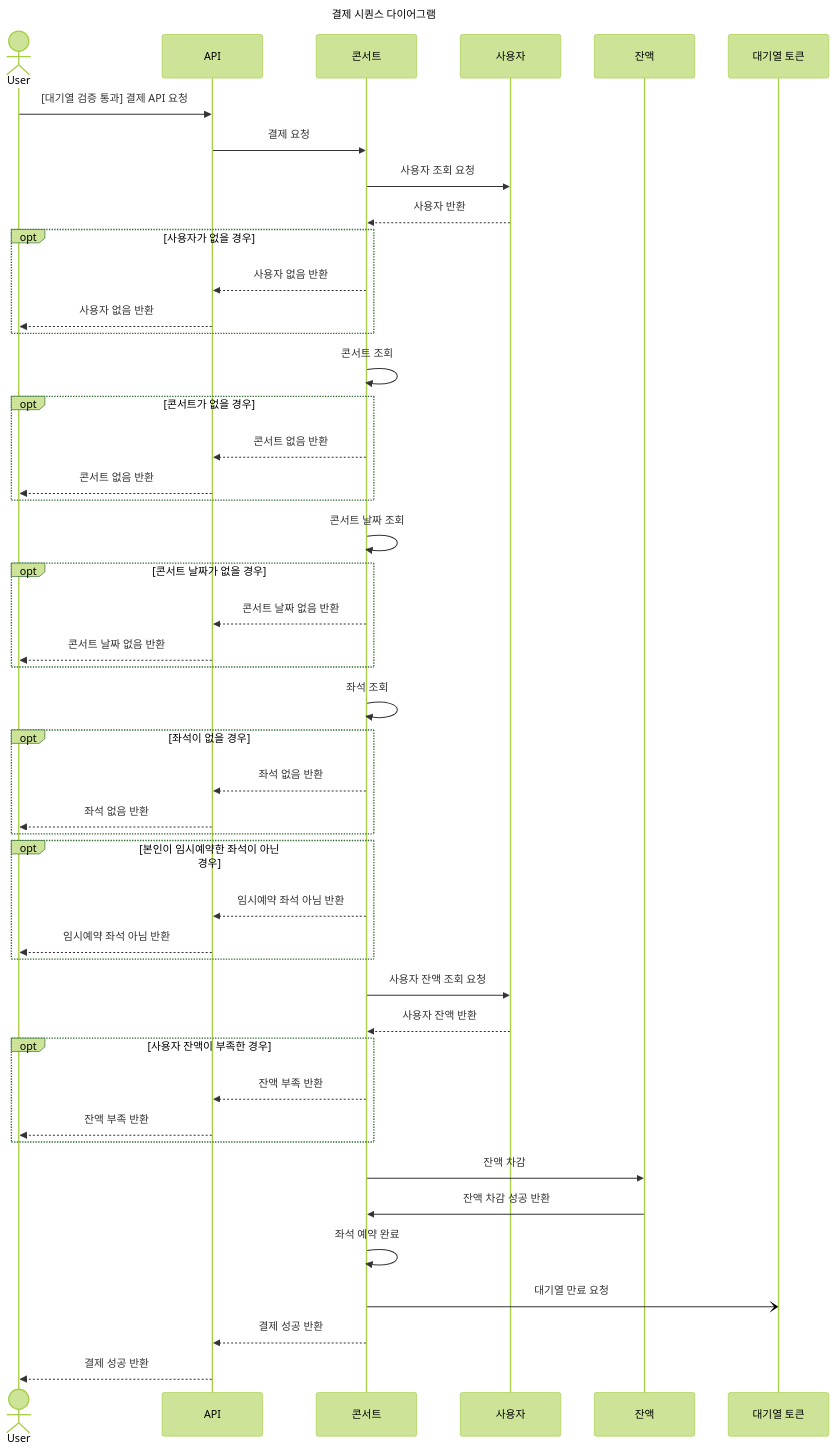
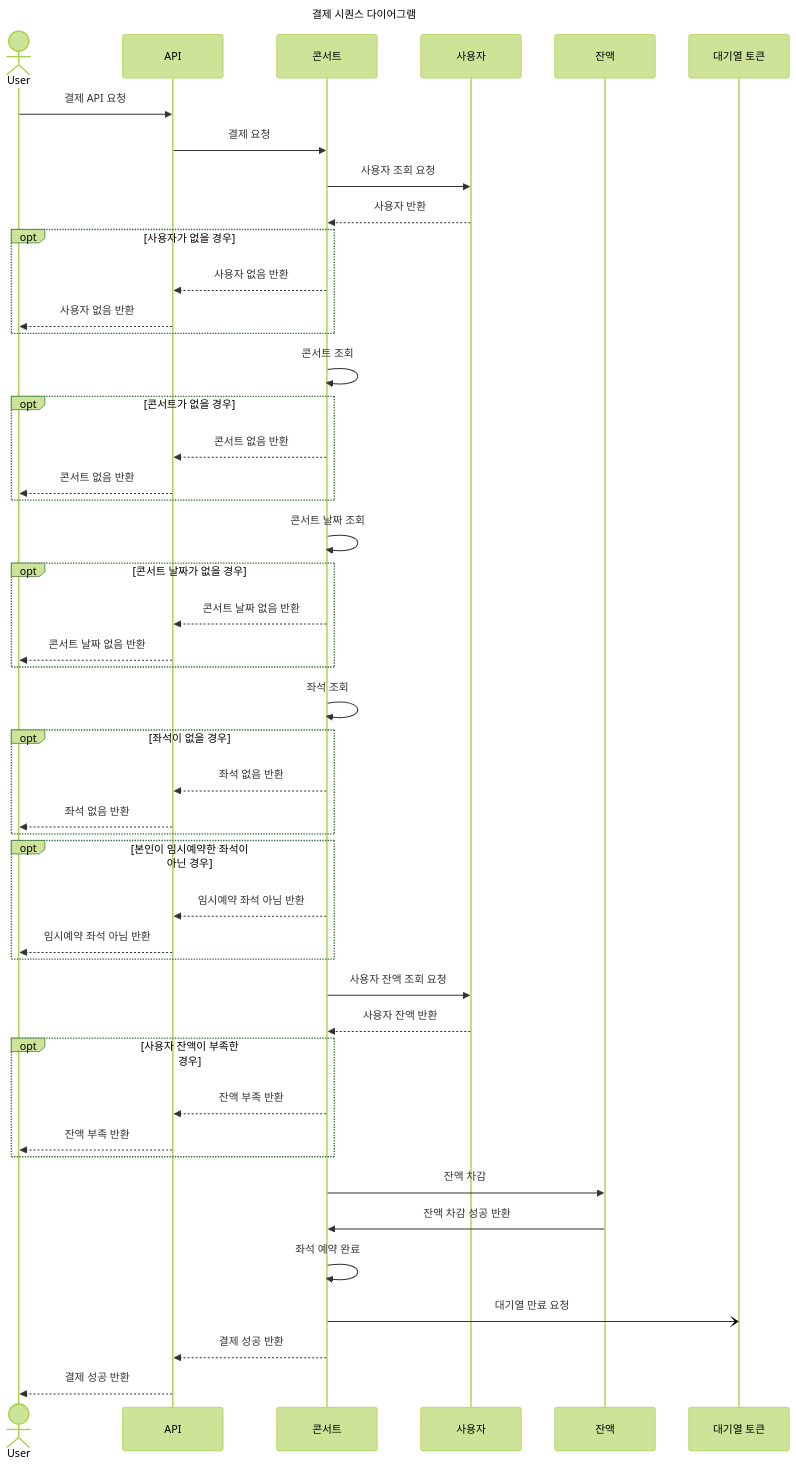
One commit to hhpb-code/hhplus-concert changed the ninth of 9 diagrams in docs/SEQUENCE_DIAGRAM.md. Above: the diagram before and after it, drawn with Mermaid (forest theme). The commit also changed 70 other files, not shown here.

````diff
--- a/docs/SEQUENCE_DIAGRAM.md
+++ b/docs/SEQUENCE_DIAGRAM.md
@@ -318,55 +318,55 @@
 ```mermaid
 sequenceDiagram
     actor User
     participant API
     participant 콘서트
     participant 사용자
     participant 잔액
     participant 대기열 토큰
     title 결제 시퀀스 다이어그램
-    User ->> API: [대기열 검증 통과] 결제 API 요청
+    User ->> API: 결제 API 요청
     API ->> 콘서트: 결제 요청
     콘서트 ->> 사용자: 사용자 조회 요청
     사용자 -->> 콘서트: 사용자 반환
     opt 사용자가 없을 경우
         콘서트 -->> API: 사용자 없음 반환
         API -->> User: 사용자 없음 반환
     end
 
     콘서트 ->> 콘서트: 콘서트 조회
     opt 콘서트가 없을 경우
         콘서트 -->> API: 콘서트 없음 반환
         API -->> User: 콘서트 없음 반환
     end
 
     콘서트 ->> 콘서트: 콘서트 날짜 조회
     opt 콘서트 날짜가 없을 경우
         콘서트 -->> API: 콘서트 날짜 없음 반환
         API -->> User: 콘서트 날짜 없음 반환
     end
 
     콘서트 ->> 콘서트: 좌석 조회
     opt 좌석이 없을 경우
         콘서트 -->> API: 좌석 없음 반환
         API -->> User: 좌석 없음 반환
     end
 
     opt 본인이 임시예약한 좌석이 아닌 경우
         콘서트 -->> API: 임시예약 좌석 아님 반환
         API -->> User: 임시예약 좌석 아님 반환
     end
 
     콘서트 ->> 사용자: 사용자 잔액 조회 요청
     사용자 -->> 콘서트: 사용자 잔액 반환
     opt 사용자 잔액이 부족한 경우
         콘서트 -->> API: 잔액 부족 반환
         API -->> User: 잔액 부족 반환
     end
 
     콘서트 ->> 잔액: 잔액 차감
     잔액 ->> 콘서트: 잔액 차감 성공 반환
     콘서트 ->> 콘서트: 좌석 예약 완료
     콘서트 -) 대기열 토큰: 대기열 만료 요청
     콘서트 -->> API: 결제 성공 반환
     API -->> User: 결제 성공 반환
 ```
````
